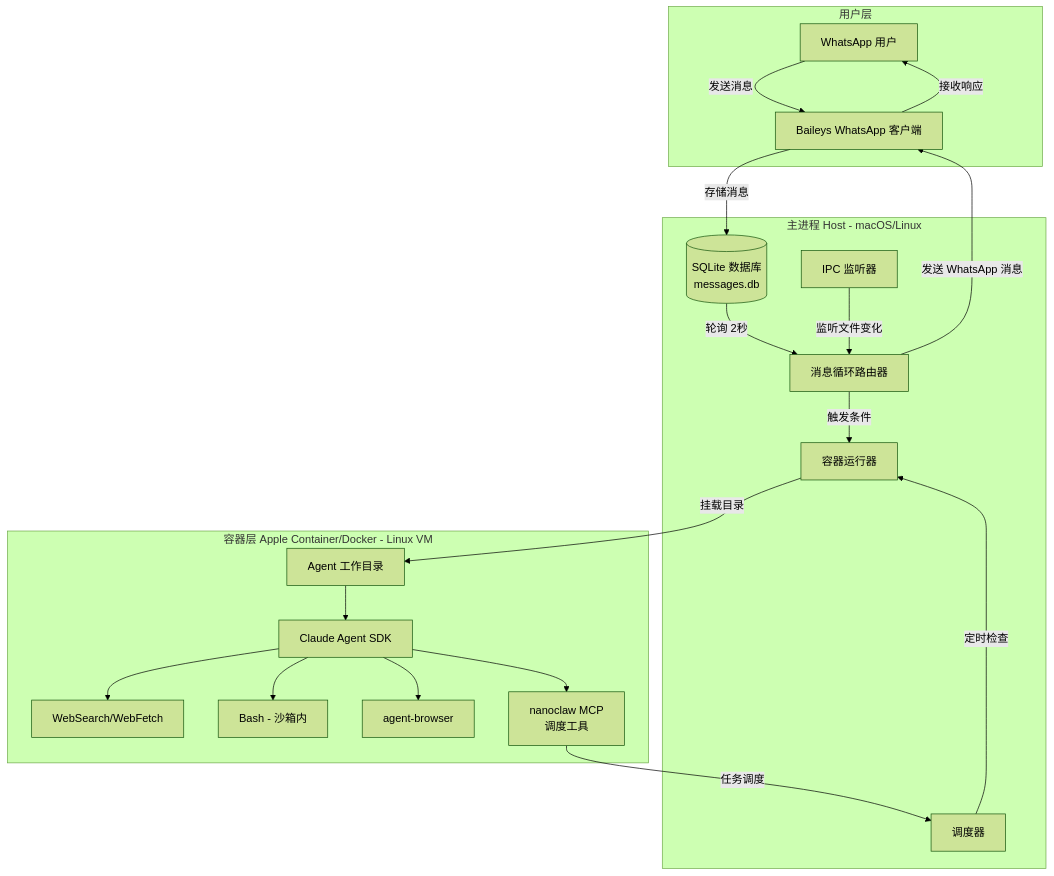
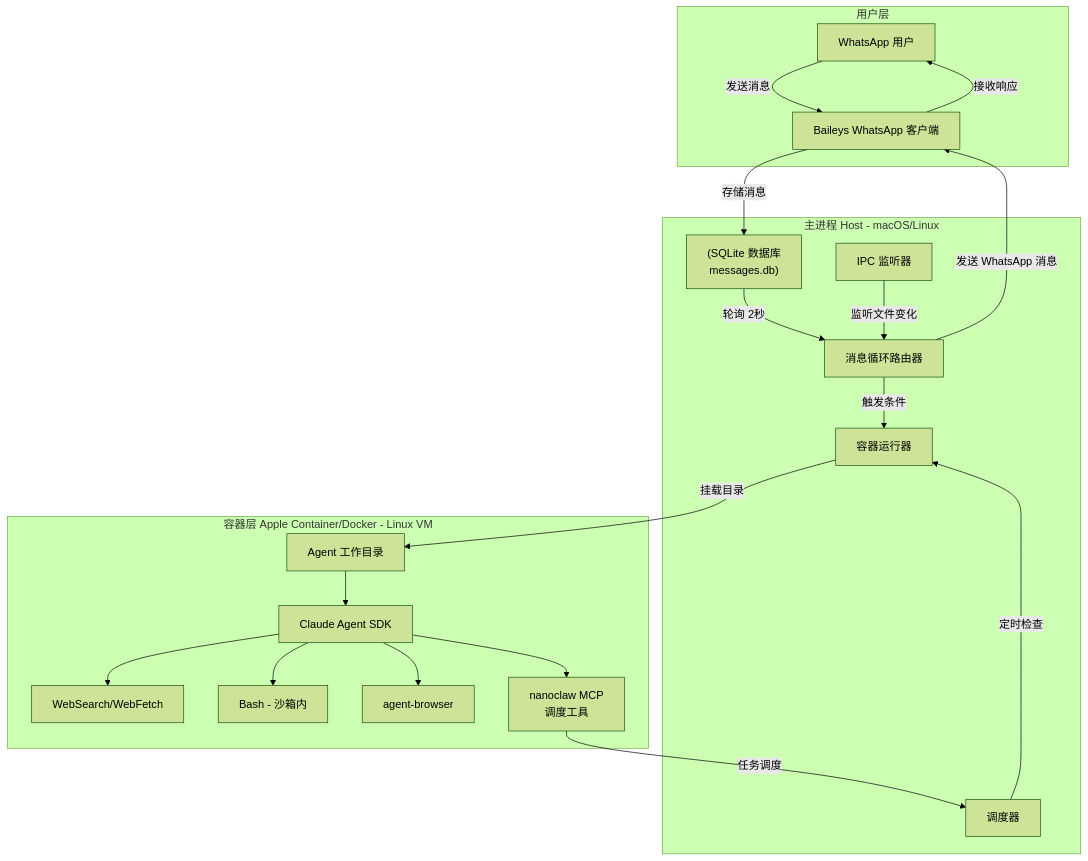
One commit to cloudyan/nanoclaw changed the diagram in analysis/00-项目概览与哲学.md. Above: the diagram before and after it, drawn with Mermaid (forest theme). The commit also changed 14 other files, not shown here.

First line of the commit message:
docs: 修复所有Mermaid语法错误并建立CI检查流程

````diff
--- a/analysis/00-项目概览与哲学.md
+++ b/analysis/00-项目概览与哲学.md
@@ -83,27 +83,27 @@
 ```mermaid
 graph TB
     subgraph "用户层"
         A[WhatsApp 用户] -->|发送消息| B[Baileys WhatsApp 客户端]
         B -->|接收响应| A
     end
 
     subgraph "主进程 Host - macOS/Linux"
-        B -->|存储消息| C[(SQLite 数据库<br/>messages.db)]
+        B -->|存储消息| C["(SQLite 数据库<br/>messages.db)"]
         C -->|轮询 2秒| D[消息循环路由器]
         D -->|触发条件| E[容器运行器]
         F[调度器] -->|定时检查| E
         G[IPC 监听器] -->|监听文件变化| D
     end
 
     subgraph "容器层 Apple Container/Docker - Linux VM"
         E -->|挂载目录| H[Agent 工作目录]
         H --> I[Claude Agent SDK]
         I --> J[WebSearch/WebFetch]
         I --> K[Bash - 沙箱内]
         I --> L[agent-browser]
-        I --> M[nanoclaw MCP<br/>调度工具]
+        I --> M["nanoclaw MCP<br/>调度工具"]
     end
 
     D -->|发送 WhatsApp 消息| B
     M -->|任务调度| F
 ```
````
